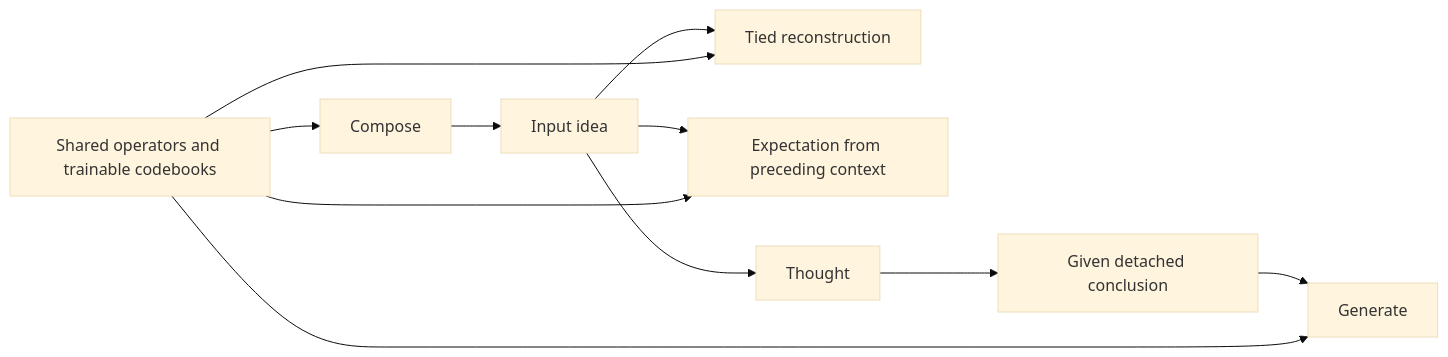
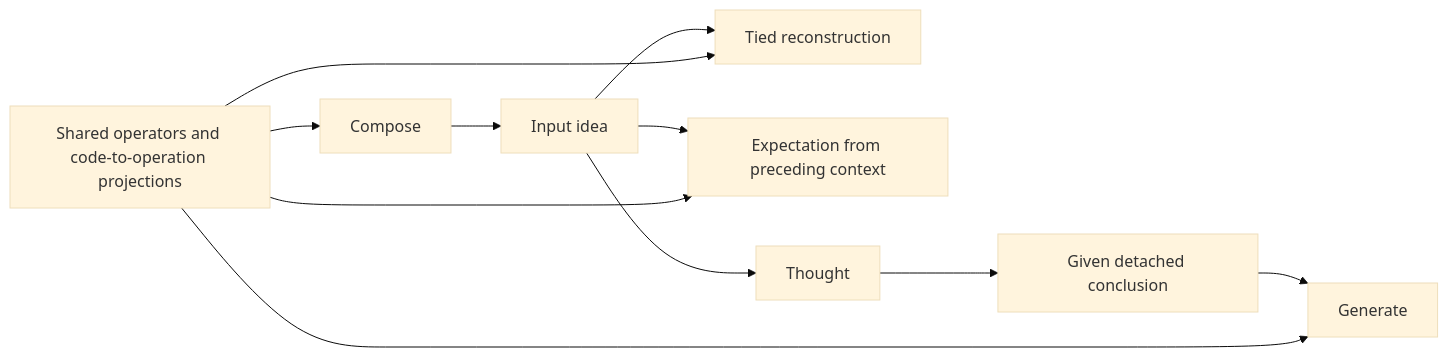
One commit to arborrhythms/BasicModel changed the diagram in doc/GradientFlow.md. Above: the diagram before and after it, drawn with Mermaid (base theme). The commit also changed other lines of this file and 41 other files, not shown here.

````diff
--- a/doc/GradientFlow.md
+++ b/doc/GradientFlow.md
@@ -30,13 +37,13 @@
 ```mermaid
 flowchart LR
     C[Compose] --> I[Input idea]
     I --> R[Tied reconstruction]
     I --> E[Expectation from preceding context]
     I --> T[Thought]
     T --> D[Given detached conclusion]
     D --> G[Generate]
-    W[Shared operators and trainable codebooks] --> C
+    W[Shared operators and code-to-operation projections] --> C
     W --> R
     W --> E
     W --> G
 ```
````
